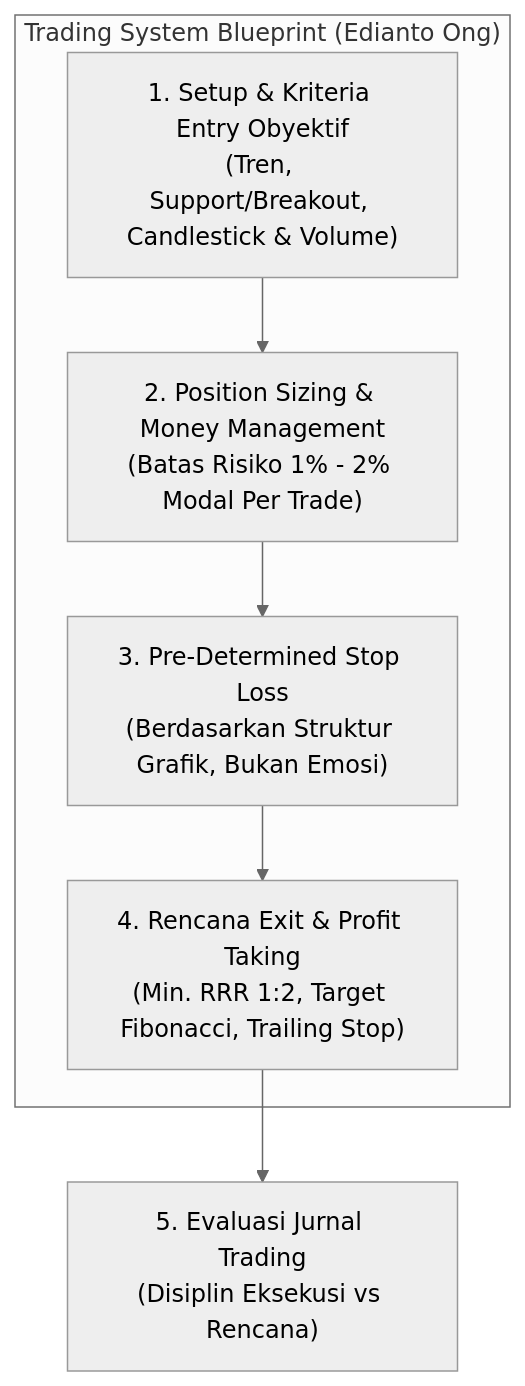
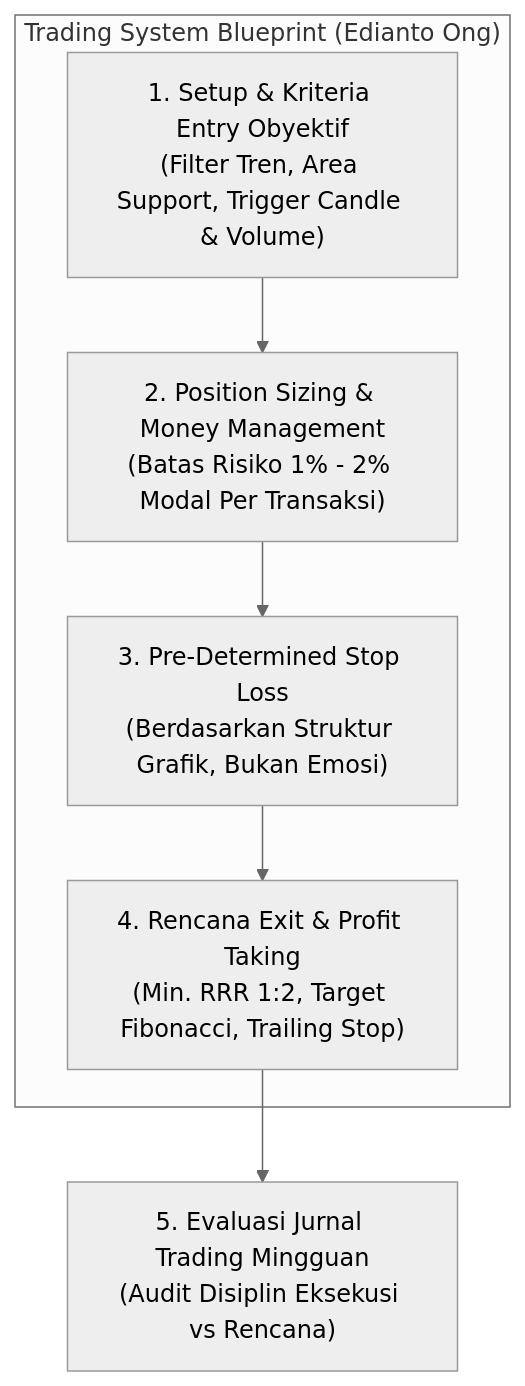
One commit to AlulCode45/Trading-Learning-Path changed the second of 3 diagrams in docs/edianto-ong/29-so-what-sintesis-trading-system.md. Above: the diagram before and after it, drawn with Mermaid (neutral theme). The commit also changed other lines of this file and 29 other files, not shown here.

Commit message:
docs(edianto-ong): upgrade all 29 chapters with beginner analogies, diagrams, step-by-step guides, and case studies

````diff
--- a/docs/edianto-ong/29-so-what-sintesis-trading-system.md
+++ b/docs/edianto-ong/29-so-what-sintesis-trading-system.md
@@ -24,14 +45,14 @@
 ```mermaid
 flowchart TD
     subgraph TradingSystem["Trading System Blueprint (Edianto Ong)"]
-        Setup["1. Setup & Kriteria Entry Obyektif<br/>(Tren, Support/Breakout, Candlestick & Volume)"]
-        RiskBudget["2. Position Sizing & Money Management<br/>(Batas Risiko 1% - 2% Modal Per Trade)"]
+        Setup["1. Setup & Kriteria Entry Obyektif<br/>(Filter Tren, Area Support, Trigger Candle & Volume)"]
+        RiskBudget["2. Position Sizing & Money Management<br/>(Batas Risiko 1% - 2% Modal Per Transaksi)"]
         StopLoss["3. Pre-Determined Stop Loss<br/>(Berdasarkan Struktur Grafik, Bukan Emosi)"]
         ExitStrategy["4. Rencana Exit & Profit Taking<br/>(Min. RRR 1:2, Target Fibonacci, Trailing Stop)"]
     end
 
     Setup --> RiskBudget
     RiskBudget --> StopLoss
     StopLoss --> ExitStrategy
-    ExitStrategy --> PostTrade["5. Evaluasi Jurnal Trading<br/>(Disiplin Eksekusi vs Rencana)"]
+    ExitStrategy --> PostTrade["5. Evaluasi Jurnal Trading Mingguan<br/>(Audit Disiplin Eksekusi vs Rencana)"]
 ```
````
